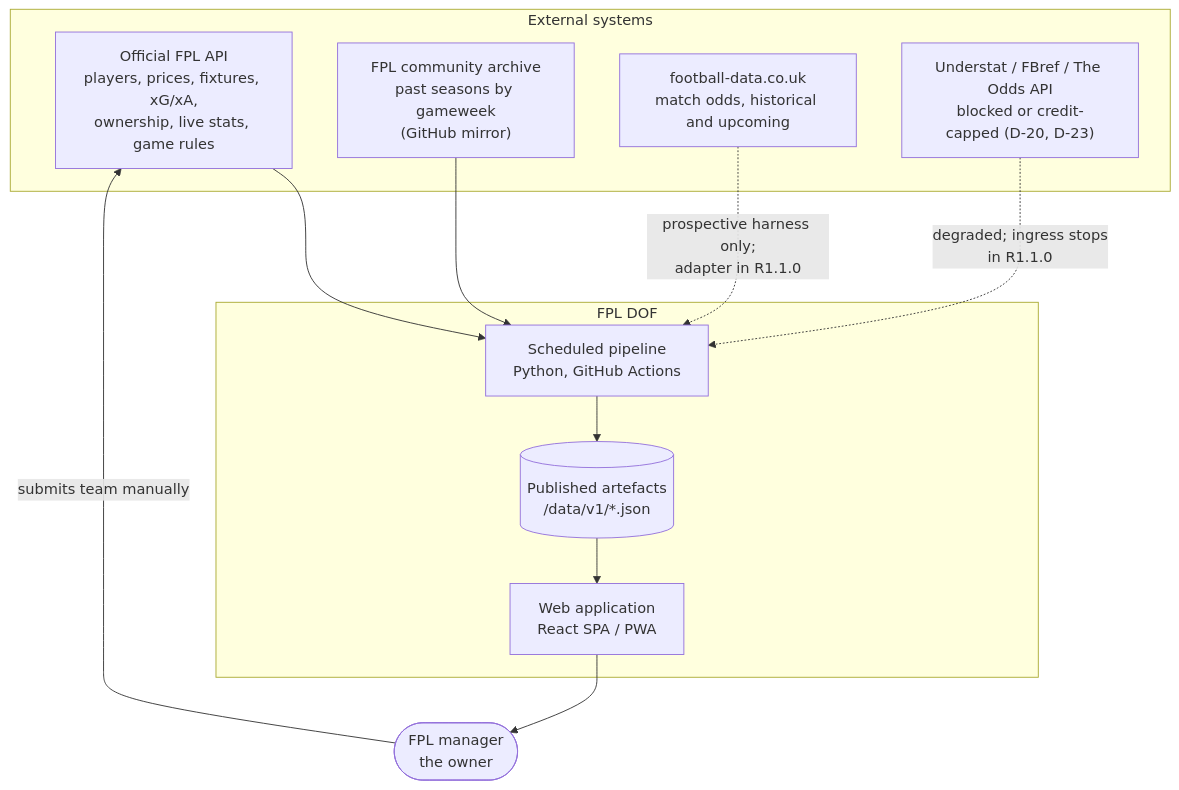
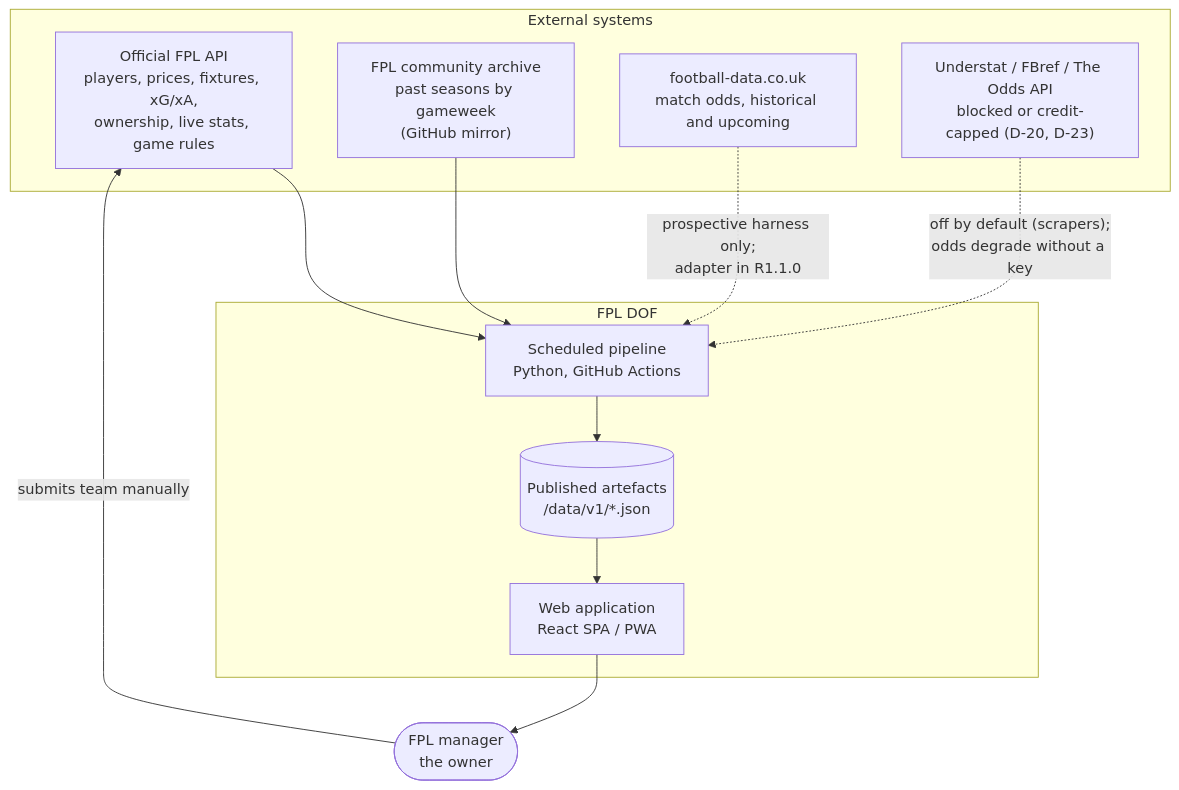
One commit to talonegg/fpl_dof2 changed the first of 4 diagrams in docs/planning/03-solution-architecture.md. Above: the diagram before and after it, drawn with Mermaid. The commit also changed other lines of this file and 18 other files, not shown here.

````diff
--- a/docs/planning/03-solution-architecture.md
+++ b/docs/planning/03-solution-architecture.md
@@ -41,26 +41,26 @@
 ```mermaid
 graph TB
     subgraph external["External systems"]
         FPL["Official FPL API<br/>players, prices, fixtures, xG/xA,<br/>ownership, live stats, game rules"]
         ARC["FPL community archive<br/>past seasons by gameweek<br/>(GitHub mirror)"]
         FDC["football-data.co.uk<br/>match odds, historical and upcoming"]
         BLK["Understat / FBref / The Odds API<br/>blocked or credit-capped (D-20, D-23)"]
     end
 
     subgraph system["FPL DOF"]
         PIPE["Scheduled pipeline<br/>Python, GitHub Actions"]
         ART[("Published artefacts<br/>/data/v1/*.json")]
         APP["Web application<br/>React SPA / PWA"]
     end
 
     USER(["FPL manager<br/>the owner"])
 
     FPL --> PIPE
     ARC --> PIPE
     FDC -.->|"prospective harness only;<br/>adapter in R1.1.0"| PIPE
-    BLK -.->|"degraded; ingress stops<br/>in R1.1.0"| PIPE
+    BLK -.->|"off by default (scrapers);<br/>odds degrade without a key"| PIPE
     PIPE --> ART
     ART --> APP
     APP --> USER
     USER -->|"submits team manually"| FPL
 ```
````
